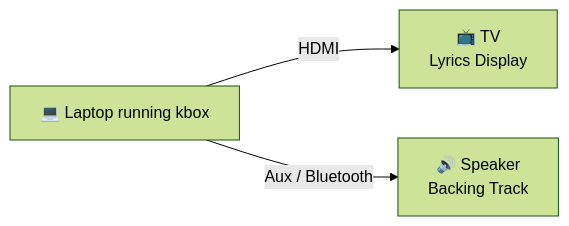
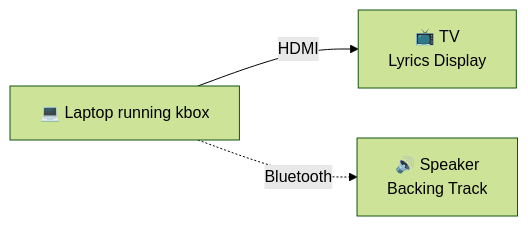
The second of 8 diagrams in docs/HARDWARE_SETUP.md (mdz/kbox), drawn with Mermaid (forest theme) before and after one commit. The commit also changed other lines of this file, not shown here.

First line of the commit message:
docs: Lead with Bluetooth speaker in Basic Setup

````diff
--- a/docs/HARDWARE_SETUP.md
+++ b/docs/HARDWARE_SETUP.md
@@ -98,5 +97,5 @@
 ```mermaid
 flowchart LR
     LAPTOP[💻 Laptop running kbox] -->|HDMI| TV[📺 TV<br/>Lyrics Display]
-    LAPTOP -->|Aux / Bluetooth| SPK[🔊 Speaker<br/>Backing Track]
+    LAPTOP -.->|Bluetooth| SPK[🔊 Speaker<br/>Backing Track]
 ```
````
